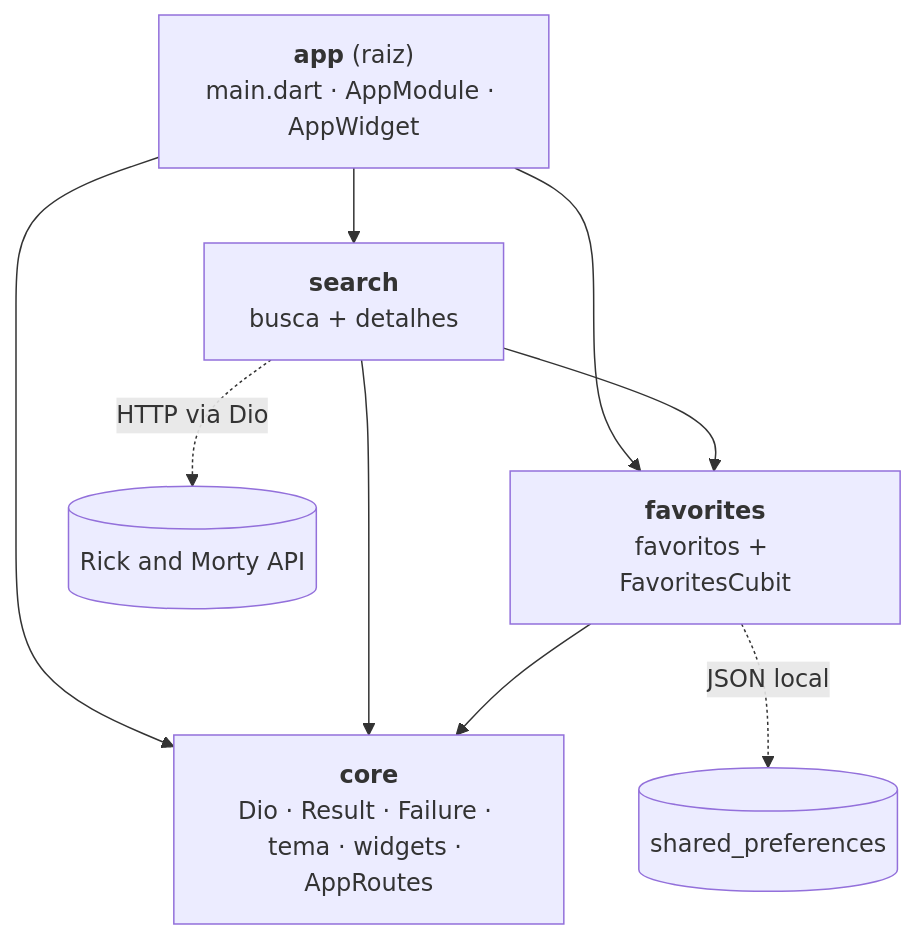
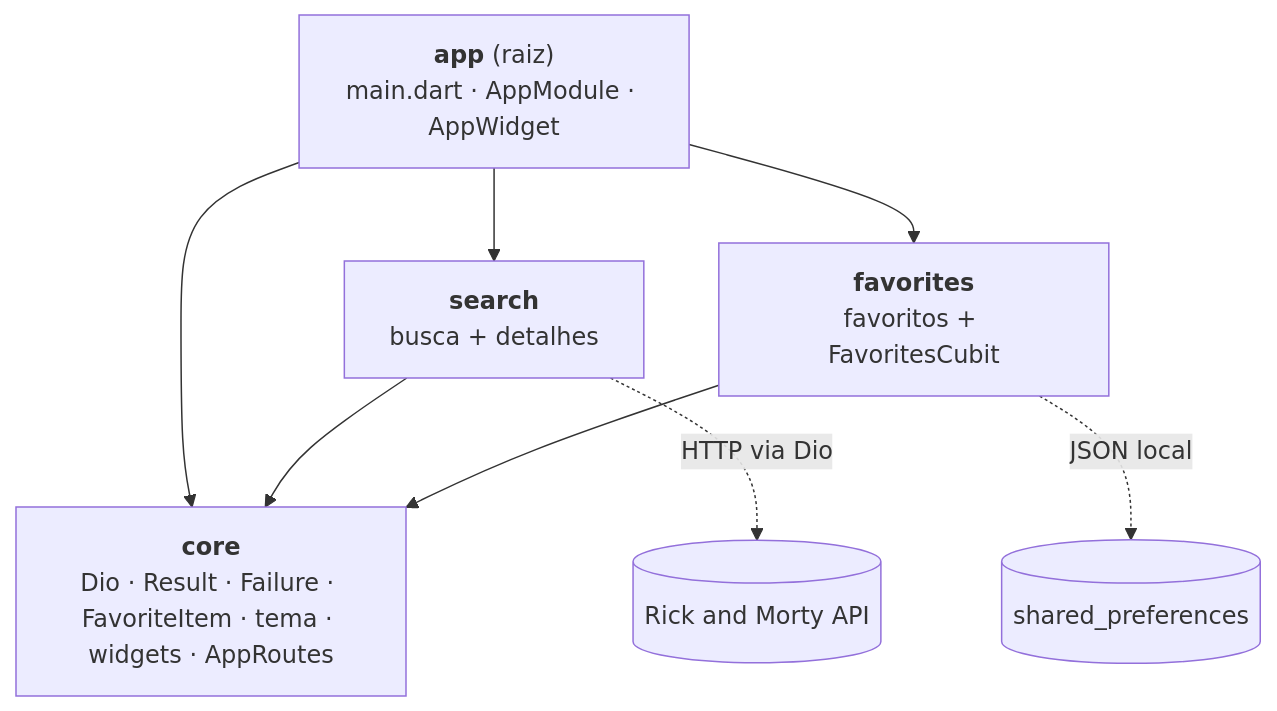
One commit to cleberson-lima/rick_and_morty_app changed the first of 2 diagrams in README.md. Above: the diagram before and after it, drawn with Mermaid. The commit also changed other lines of this file and 31 other files, not shown here.

First line of the commit message:
refactor: decouple search from favorites with a FavoriteSlot

````diff
--- a/README.md
+++ b/README.md
@@ -118,18 +118,17 @@
 ```mermaid
 flowchart TD
     app["<b>app</b> (raiz)<br/>main.dart · AppModule · AppWidget"]
     search["<b>search</b><br/>busca + detalhes"]
     favorites["<b>favorites</b><br/>favoritos + FavoritesCubit"]
-    core["<b>core</b><br/>Dio · Result · Failure · tema · widgets · AppRoutes"]
+    core["<b>core</b><br/>Dio · Result · Failure · FavoriteItem · tema · widgets · AppRoutes"]
     api[("Rick and Morty API")]
     prefs[("shared_preferences")]
 
     app --> search
     app --> favorites
     app --> core
-    search --> favorites
     search --> core
     favorites --> core
     search -. HTTP via Dio .-> api
     favorites -. JSON local .-> prefs
 ```
````
